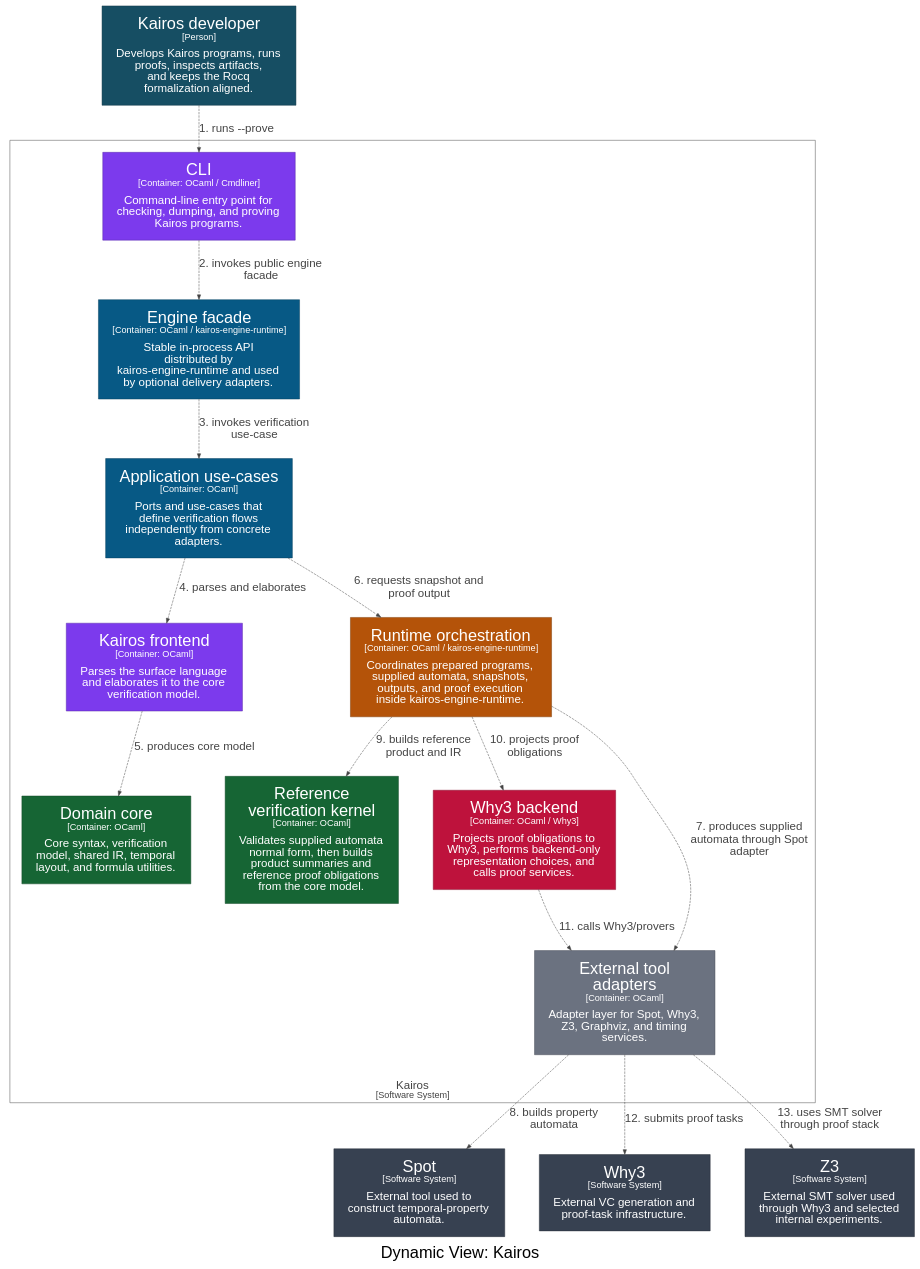
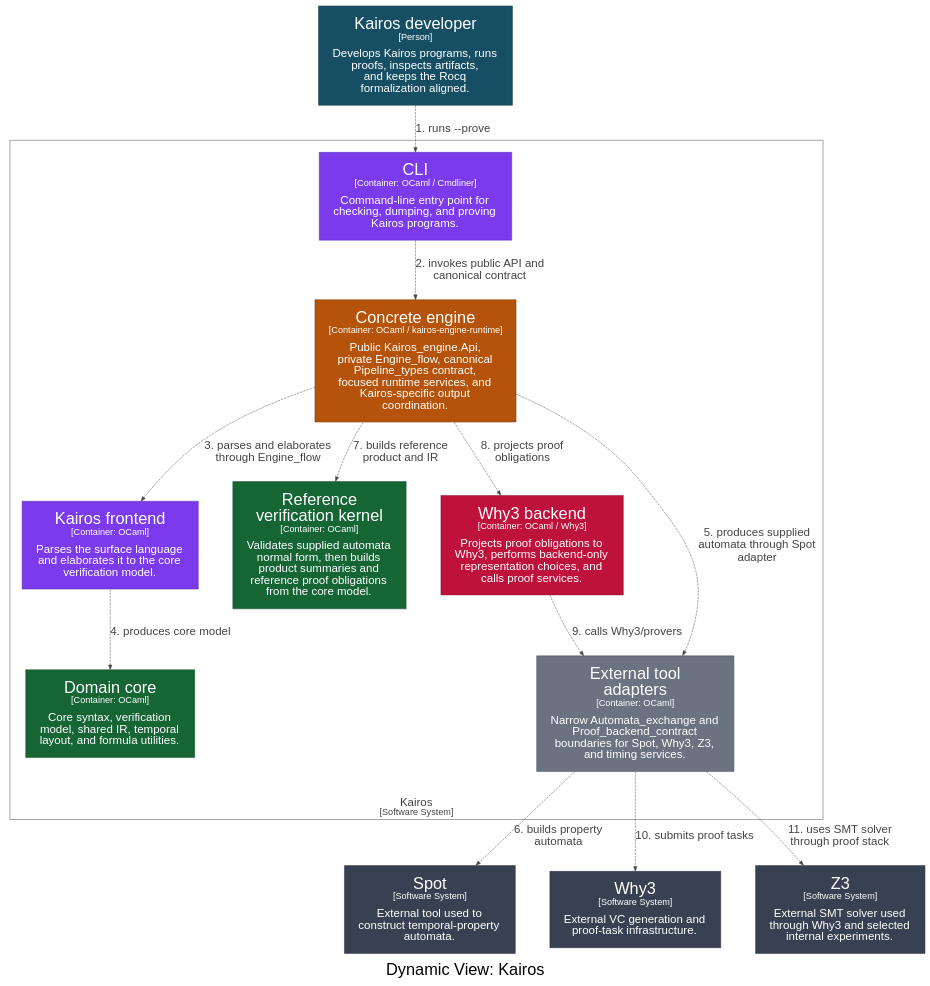
Before and after one commit to DabrowskiFr/Kairos: the diagram in docs/architecture/structurizr/export/dot/structurizr-kairos-prove-flow.dot, drawn with Graphviz. The commit also changed 137 other files, not shown here.

Commit message:
Simplify Kairos engine architecture

```diff
--- a/docs/architecture/structurizr/export/dot/structurizr-kairos-prove-flow.dot
+++ b/docs/architecture/structurizr/export/dot/structurizr-kairos-prove-flow.dot
@@ -1,46 +1,42 @@
 digraph {
   compound=true
   graph [fontname="Arial", rankdir=TB, ranksep=1.0, nodesep=1.0]
   node [fontname="Arial", shape=box, margin="0.4,0.3"]
   edge [fontname="Arial"]
   label=<<br /><font point-size="34">Dynamic View: Kairos</font>>
 
   subgraph cluster_7 {
     margin=25
     label=<<font point-size="24"><br />Kairos</font><br /><font point-size="19">[Software System]</font>>
     labelloc=b
     color="#444444"
     fontcolor="#444444"
     fillcolor="#444444"
 
-    10 [id=10,shape=rect, label=<<font point-size="34">Engine facade</font><br /><font point-size="19">[Container: OCaml / kairos-engine-runtime]</font><br /><br /><font point-size="24">Stable in-process API<br />distributed by<br />kairos-engine-runtime and used<br />by optional delivery adapters.</font>>, style=filled, color="#043e5d", fillcolor="#075985", fontcolor="#ffffff"]
-    11 [id=11,shape=rect, label=<<font point-size="34">Kairos frontend</font><br /><font point-size="19">[Container: OCaml]</font><br /><br /><font point-size="24">Parses the surface language<br />and elaborates it to the core<br />verification model.</font>>, style=filled, color="#5628a5", fillcolor="#7c3aed", fontcolor="#ffffff"]
-    12 [id=12,shape=rect, label=<<font point-size="34">Application use-cases</font><br /><font point-size="19">[Container: OCaml]</font><br /><br /><font point-size="24">Ports and use-cases that<br />define verification flows<br />independently from concrete<br />adapters.</font>>, style=filled, color="#043e5d", fillcolor="#075985", fontcolor="#ffffff"]
-    13 [id=13,shape=rect, label=<<font point-size="34">Domain core</font><br /><font point-size="19">[Container: OCaml]</font><br /><br /><font point-size="24">Core syntax, verification<br />model, shared IR, temporal<br />layout, and formula utilities.</font>>, style=filled, color="#0f4624", fillcolor="#166534", fontcolor="#ffffff"]
-    14 [id=14,shape=rect, label=<<font point-size="34">Reference<br />verification kernel</font><br /><font point-size="19">[Container: OCaml]</font><br /><br /><font point-size="24">Validates supplied automata<br />normal form, then builds<br />product summaries and<br />reference proof obligations<br />from the core model.</font>>, style=filled, color="#0f4624", fillcolor="#166534", fontcolor="#ffffff"]
-    22 [id=22,shape=rect, label=<<font point-size="34">Runtime orchestration</font><br /><font point-size="19">[Container: OCaml / kairos-engine-runtime]</font><br /><br /><font point-size="24">Coordinates prepared programs,<br />supplied automata, snapshots,<br />outputs, and proof execution<br />inside kairos-engine-runtime.</font>>, style=filled, color="#7d3a06", fillcolor="#b45309", fontcolor="#ffffff"]
-    28 [id=28,shape=rect, label=<<font point-size="34">Why3 backend</font><br /><font point-size="19">[Container: OCaml / Why3]</font><br /><br /><font point-size="24">Projects proof obligations to<br />Why3, performs backend-only<br />representation choices, and<br />calls proof services.</font>>, style=filled, color="#850c2a", fillcolor="#be123c", fontcolor="#ffffff"]
-    31 [id=31,shape=rect, label=<<font point-size="34">External tool<br />adapters</font><br /><font point-size="19">[Container: OCaml]</font><br /><br /><font point-size="24">Adapter layer for Spot, Why3,<br />Z3, Graphviz, and timing<br />services.</font>>, style=filled, color="#4a4f59", fillcolor="#6b7280", fontcolor="#ffffff"]
+    10 [id=10,shape=rect, label=<<font point-size="34">Concrete engine</font><br /><font point-size="19">[Container: OCaml / kairos-engine-runtime]</font><br /><br /><font point-size="24">Public Kairos_engine.Api,<br />private Engine_flow, canonical<br />Pipeline_types contract,<br />focused runtime services, and<br />Kairos-specific output<br />coordination.</font>>, style=filled, color="#7d3a06", fillcolor="#b45309", fontcolor="#ffffff"]
+    19 [id=19,shape=rect, label=<<font point-size="34">Kairos frontend</font><br /><font point-size="19">[Container: OCaml]</font><br /><br /><font point-size="24">Parses the surface language<br />and elaborates it to the core<br />verification model.</font>>, style=filled, color="#5628a5", fillcolor="#7c3aed", fontcolor="#ffffff"]
+    20 [id=20,shape=rect, label=<<font point-size="34">Domain core</font><br /><font point-size="19">[Container: OCaml]</font><br /><br /><font point-size="24">Core syntax, verification<br />model, shared IR, temporal<br />layout, and formula utilities.</font>>, style=filled, color="#0f4624", fillcolor="#166534", fontcolor="#ffffff"]
+    21 [id=21,shape=rect, label=<<font point-size="34">Reference<br />verification kernel</font><br /><font point-size="19">[Container: OCaml]</font><br /><br /><font point-size="24">Validates supplied automata<br />normal form, then builds<br />product summaries and<br />reference proof obligations<br />from the core model.</font>>, style=filled, color="#0f4624", fillcolor="#166534", fontcolor="#ffffff"]
+    29 [id=29,shape=rect, label=<<font point-size="34">Why3 backend</font><br /><font point-size="19">[Container: OCaml / Why3]</font><br /><br /><font point-size="24">Projects proof obligations to<br />Why3, performs backend-only<br />representation choices, and<br />calls proof services.</font>>, style=filled, color="#850c2a", fillcolor="#be123c", fontcolor="#ffffff"]
+    32 [id=32,shape=rect, label=<<font point-size="34">External tool<br />adapters</font><br /><font point-size="19">[Container: OCaml]</font><br /><br /><font point-size="24">Narrow Automata_exchange and<br />Proof_backend_contract<br />boundaries for Spot, Why3, Z3,<br />and timing services.</font>>, style=filled, color="#4a4f59", fillcolor="#6b7280", fontcolor="#ffffff"]
     8 [id=8,shape=rect, label=<<font point-size="34">CLI</font><br /><font point-size="19">[Container: OCaml / Cmdliner]</font><br /><br /><font point-size="24">Command-line entry point for<br />checking, dumping, and proving<br />Kairos programs.</font>>, style=filled, color="#5628a5", fillcolor="#7c3aed", fontcolor="#ffffff"]
   }
 
   1 [id=1,shape=rect, label=<<font point-size="34">Kairos developer</font><br /><font point-size="19">[Person]</font><br /><br /><font point-size="24">Develops Kairos programs, runs<br />proofs, inspects artifacts,<br />and keeps the Rocq<br />formalization aligned.</font>>, style=filled, color="#0f3645", fillcolor="#164e63", fontcolor="#ffffff"]
   3 [id=3,shape=rect, label=<<font point-size="34">Spot</font><br /><font point-size="19">[Software System]</font><br /><br /><font point-size="24">External tool used to<br />construct temporal-property<br />automata.</font>>, style=filled, color="#262d38", fillcolor="#374151", fontcolor="#ffffff"]
   4 [id=4,shape=rect, label=<<font point-size="34">Why3</font><br /><font point-size="19">[Software System]</font><br /><br /><font point-size="24">External VC generation and<br />proof-task infrastructure.</font>>, style=filled, color="#262d38", fillcolor="#374151", fontcolor="#ffffff"]
   5 [id=5,shape=rect, label=<<font point-size="34">Z3</font><br /><font point-size="19">[Software System]</font><br /><br /><font point-size="24">External SMT solver used<br />through Why3 and selected<br />internal experiments.</font>>, style=filled, color="#262d38", fillcolor="#374151", fontcolor="#ffffff"]
 
-  1 -> 8 [id=32, label=<<font point-size="24">1. runs --prove</font>>, style="dashed", color="#444444", fontcolor="#444444"]
-  8 -> 10 [id=35, label=<<font point-size="24">2. invokes public engine<br />facade</font>>, style="dashed", color="#444444", fontcolor="#444444"]
-  10 -> 12 [id=37, label=<<font point-size="24">3. invokes verification<br />use-case</font>>, style="dashed", color="#444444", fontcolor="#444444"]
-  12 -> 11 [id=40, label=<<font point-size="24">4. parses and elaborates</font>>, style="dashed", color="#444444", fontcolor="#444444"]
-  11 -> 13 [id=42, label=<<font point-size="24">5. produces core model</font>>, style="dashed", color="#444444", fontcolor="#444444"]
-  12 -> 22 [id=41, label=<<font point-size="24">6. requests snapshot and<br />proof output</font>>, style="dashed", color="#444444", fontcolor="#444444"]
-  22 -> 31 [id=48, label=<<font point-size="24">7. produces supplied<br />automata through Spot<br />adapter</font>>, style="dashed", color="#444444", fontcolor="#444444"]
-  31 -> 3 [id=58, label=<<font point-size="24">8. builds property<br />automata</font>>, style="dashed", color="#444444", fontcolor="#444444"]
-  22 -> 14 [id=44, label=<<font point-size="24">9. builds reference<br />product and IR</font>>, style="dashed", color="#444444", fontcolor="#444444"]
-  22 -> 28 [id=47, label=<<font point-size="24">10. projects proof<br />obligations</font>>, style="dashed", color="#444444", fontcolor="#444444"]
-  28 -> 31 [id=54, label=<<font point-size="24">11. calls Why3/provers</font>>, style="dashed", color="#444444", fontcolor="#444444"]
-  31 -> 4 [id=60, label=<<font point-size="24">12. submits proof tasks</font>>, style="dashed", color="#444444", fontcolor="#444444"]
-  31 -> 5 [id=62, label=<<font point-size="24">13. uses SMT solver<br />through proof stack</font>>, style="dashed", color="#444444", fontcolor="#444444"]
+  1 -> 8 [id=33, label=<<font point-size="24">1. runs --prove</font>>, style="dashed", color="#444444", fontcolor="#444444"]
+  8 -> 10 [id=36, label=<<font point-size="24">2. invokes public API and<br />canonical contract</font>>, style="dashed", color="#444444", fontcolor="#444444"]
+  10 -> 19 [id=38, label=<<font point-size="24">3. parses and elaborates<br />through Engine_flow</font>>, style="dashed", color="#444444", fontcolor="#444444"]
+  19 -> 20 [id=40, label=<<font point-size="24">4. produces core model</font>>, style="dashed", color="#444444", fontcolor="#444444"]
+  10 -> 32 [id=45, label=<<font point-size="24">5. produces supplied<br />automata through Spot<br />adapter</font>>, style="dashed", color="#444444", fontcolor="#444444"]
+  32 -> 3 [id=56, label=<<font point-size="24">6. builds property<br />automata</font>>, style="dashed", color="#444444", fontcolor="#444444"]
+  10 -> 21 [id=41, label=<<font point-size="24">7. builds reference<br />product and IR</font>>, style="dashed", color="#444444", fontcolor="#444444"]
+  10 -> 29 [id=44, label=<<font point-size="24">8. projects proof<br />obligations</font>>, style="dashed", color="#444444", fontcolor="#444444"]
+  29 -> 32 [id=53, label=<<font point-size="24">9. calls Why3/provers</font>>, style="dashed", color="#444444", fontcolor="#444444"]
+  32 -> 4 [id=58, label=<<font point-size="24">10. submits proof tasks</font>>, style="dashed", color="#444444", fontcolor="#444444"]
+  32 -> 5 [id=60, label=<<font point-size="24">11. uses SMT solver<br />through proof stack</font>>, style="dashed", color="#444444", fontcolor="#444444"]
 
 }
```
